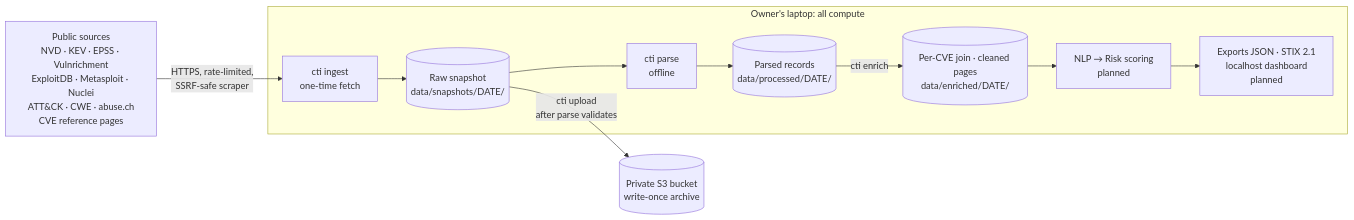
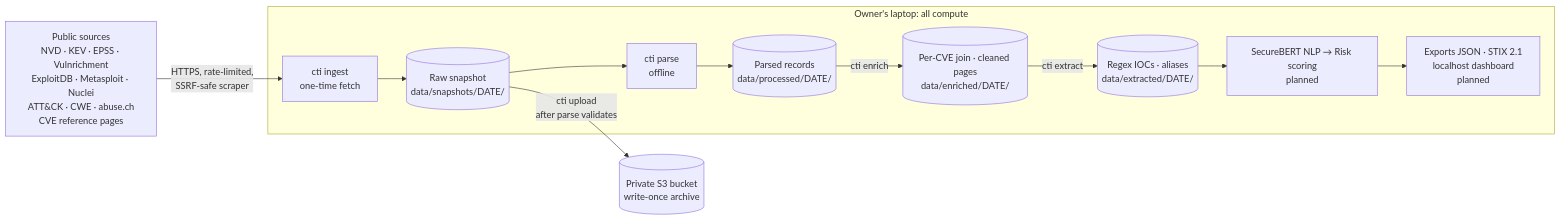
One commit to arinvandrapu/Cyber-Threat-Intelligence-System changed the first of 2 diagrams in docs/architecture.md. Above: the diagram before and after it, drawn with Mermaid. The commit also changed other lines of this file and 23 other files, not shown here.

````diff
--- a/docs/architecture.md
+++ b/docs/architecture.md
@@ -12,18 +12,19 @@
 ```mermaid
 flowchart LR
     SRC[Public sources<br/>NVD · KEV · EPSS · Vulnrichment<br/>ExploitDB · Metasploit · Nuclei<br/>ATT&CK · CWE · abuse.ch<br/>CVE reference pages]
     subgraph LAPTOP[Owner's laptop: all compute]
         ING[cti ingest<br/>one-time fetch]
         SNAP[(Raw snapshot<br/>data/snapshots/DATE/)]
         PARSE[cti parse<br/>offline]
         PROC[(Parsed records<br/>data/processed/DATE/)]
         ENR[(Per-CVE join · cleaned pages<br/>data/enriched/DATE/)]
-        DOWN[NLP → Risk scoring<br/>planned]
+        EXT[(Regex IOCs · aliases<br/>data/extracted/DATE/)]
+        DOWN[SecureBERT NLP → Risk scoring<br/>planned]
         OUT[Exports JSON · STIX 2.1<br/>localhost dashboard<br/>planned]
     end
     S3[(Private S3 bucket<br/>write-once archive)]
 
     SRC -->|HTTPS, rate-limited,<br/>SSRF-safe scraper| ING --> SNAP
-    SNAP --> PARSE --> PROC -->|cti enrich| ENR --> DOWN --> OUT
+    SNAP --> PARSE --> PROC -->|cti enrich| ENR -->|cti extract| EXT --> DOWN --> OUT
     SNAP -->|cti upload<br/>after parse validates| S3
 ```
````
